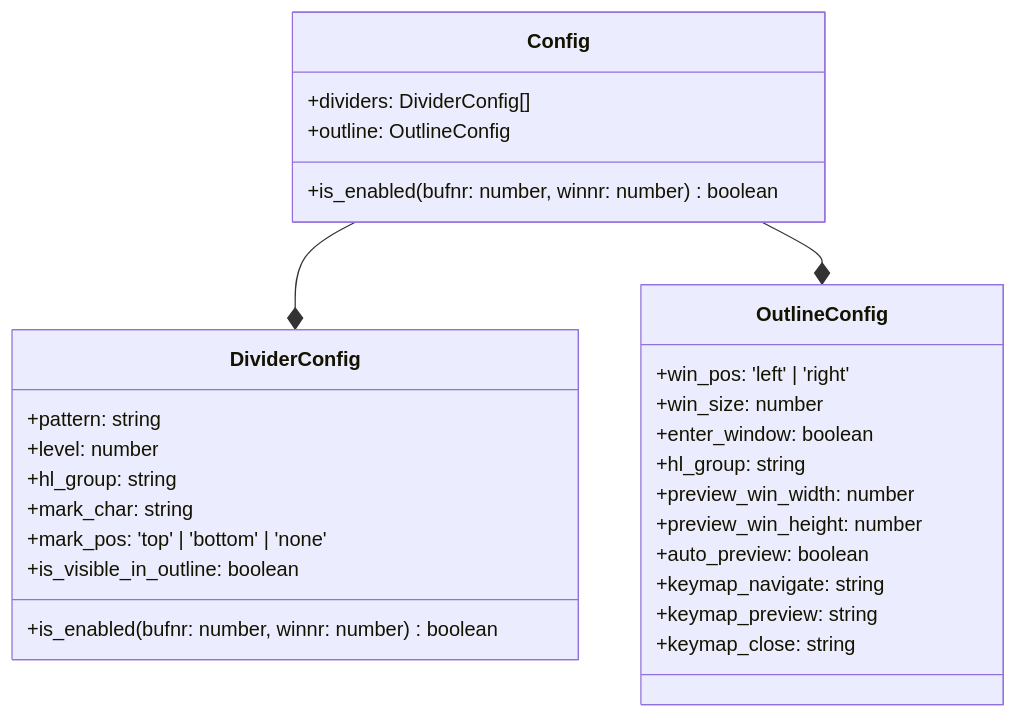
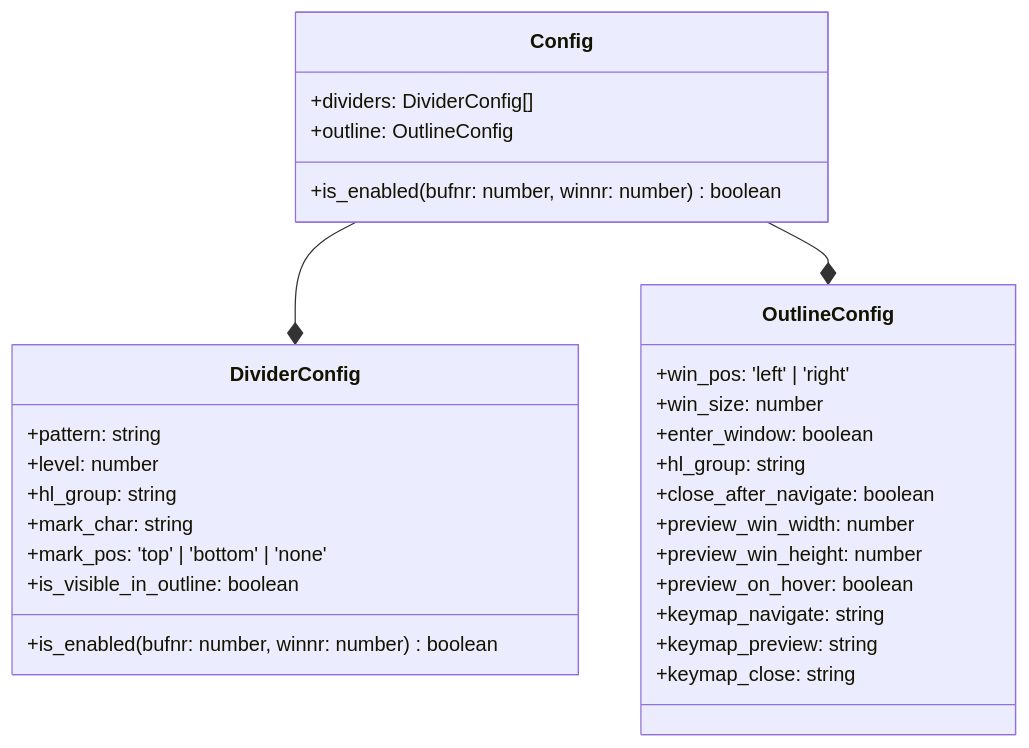
Before and after one commit to niuiic/divider.nvim: the fifth of 5 diagrams in DESIGN.md, drawn with Mermaid. The commit also changed other lines of this file and 4 other files, not shown here.

````diff
--- a/DESIGN.md
+++ b/DESIGN.md
@@ -172,34 +170,35 @@
 ```mermaid
 classDiagram
     Config --* DividerConfig
     Config --* OutlineConfig
     class Config {
         +dividers: DividerConfig[]
         +outline: OutlineConfig
 
         +is_enabled(bufnr: number, winnr: number) boolean
     }
 
     class DividerConfig {
         +pattern: string
         +level: number
         +hl_group: string
         +mark_char: string
         +mark_pos: 'top' | 'bottom' | 'none'
         +is_visible_in_outline: boolean
         +is_enabled(bufnr: number, winnr: number) boolean
     }
 
     class OutlineConfig {
         +win_pos: 'left' | 'right'
         +win_size: number
         +enter_window: boolean
         +hl_group: string
+        +close_after_navigate: boolean
         +preview_win_width: number
         +preview_win_height: number
-        +auto_preview: boolean
+        +preview_on_hover: boolean
         +keymap_navigate: string
         +keymap_preview: string
         +keymap_close: string
     }
 ```
````
